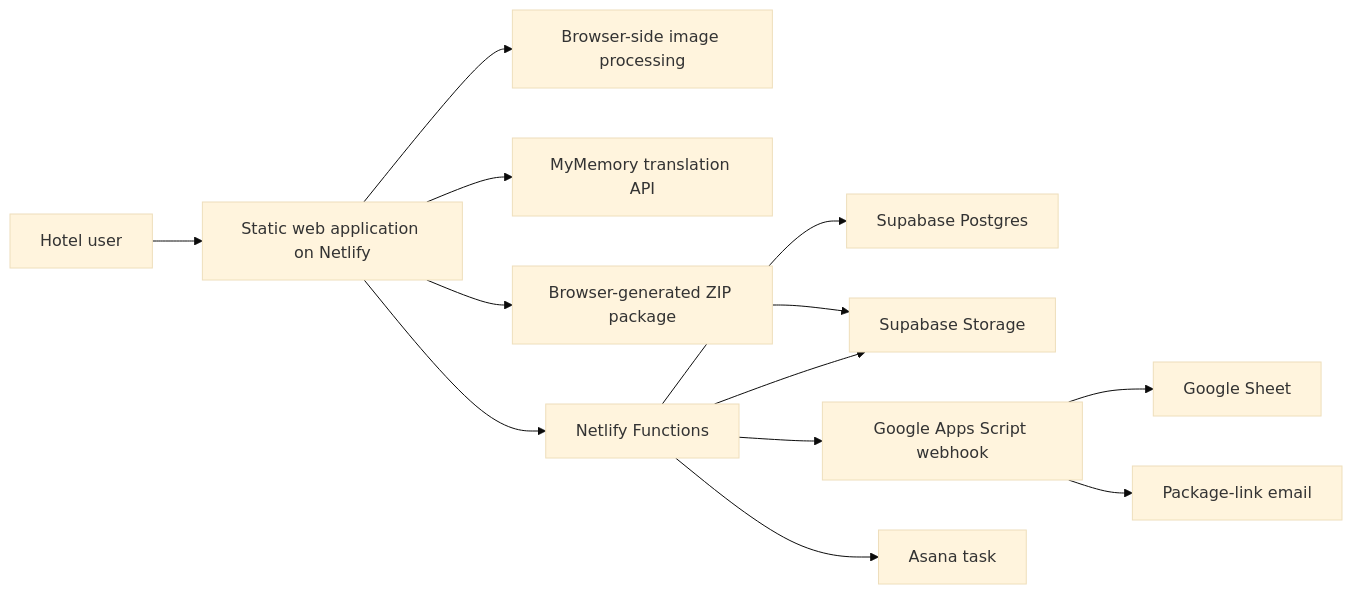
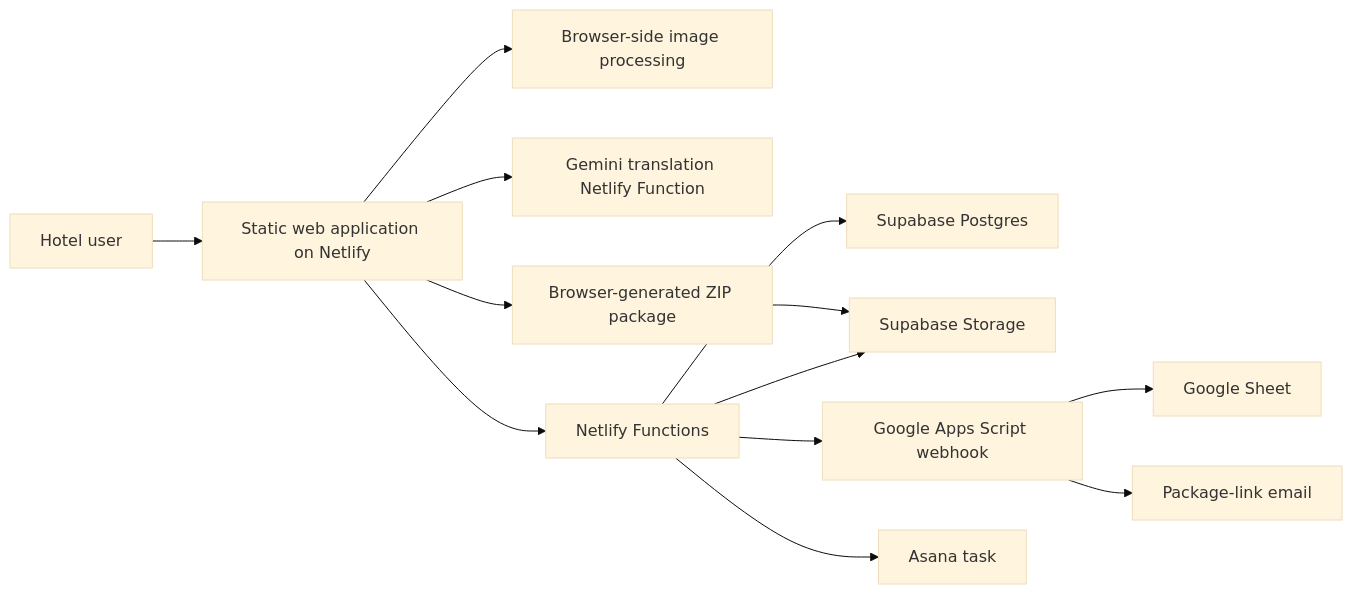
The diagram in ARCHITECTURE.md (Subh1982/Hotel-Offers-form-Trial), drawn with Mermaid (base theme) before and after one commit. The commit also changed other lines of this file and 4 other files, not shown here.

````diff
--- a/ARCHITECTURE.md
+++ b/ARCHITECTURE.md
@@ -9,15 +9,15 @@
 ```mermaid
 flowchart LR
     Hotel["Hotel user"] --> UI["Static web application on Netlify"]
     UI --> Images["Browser-side image processing"]
-    UI --> Translation["MyMemory translation API"]
+    UI --> Translation["Gemini translation Netlify Function"]
     UI --> API["Netlify Functions"]
     API --> Database["Supabase Postgres"]
     API --> Storage["Supabase Storage"]
     API --> AppsScript["Google Apps Script webhook"]
     API --> Asana["Asana task"]
     AppsScript --> Sheet["Google Sheet"]
     AppsScript --> Email["Package-link email"]
     UI --> Package["Browser-generated ZIP package"]
     Package --> Storage
 ```
````
